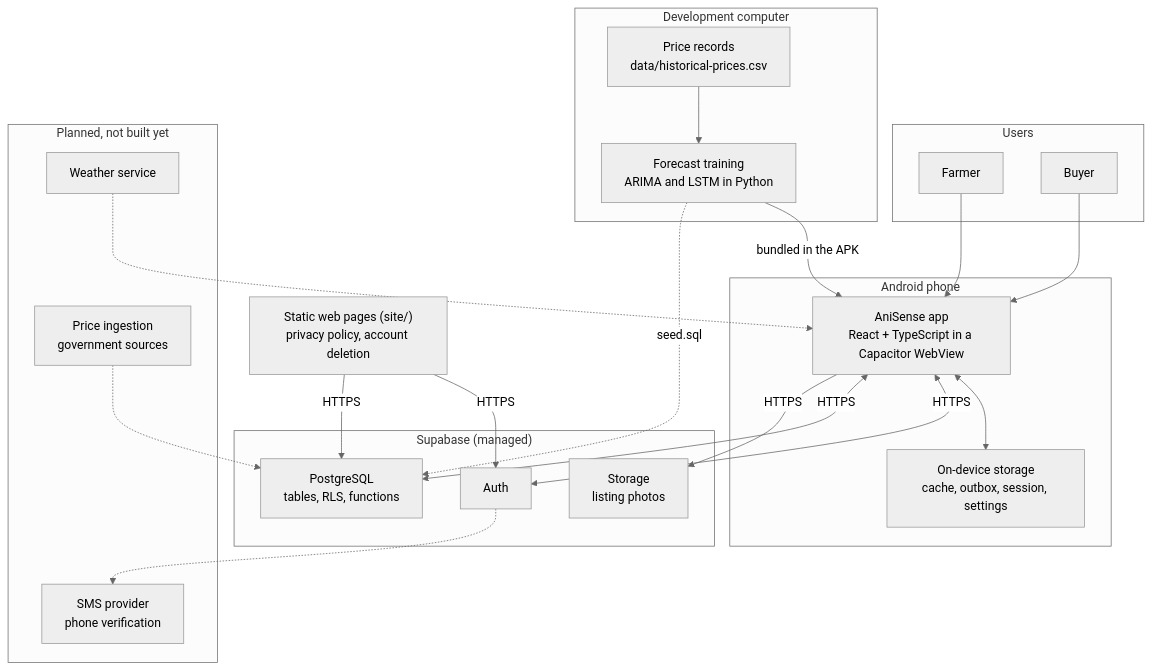
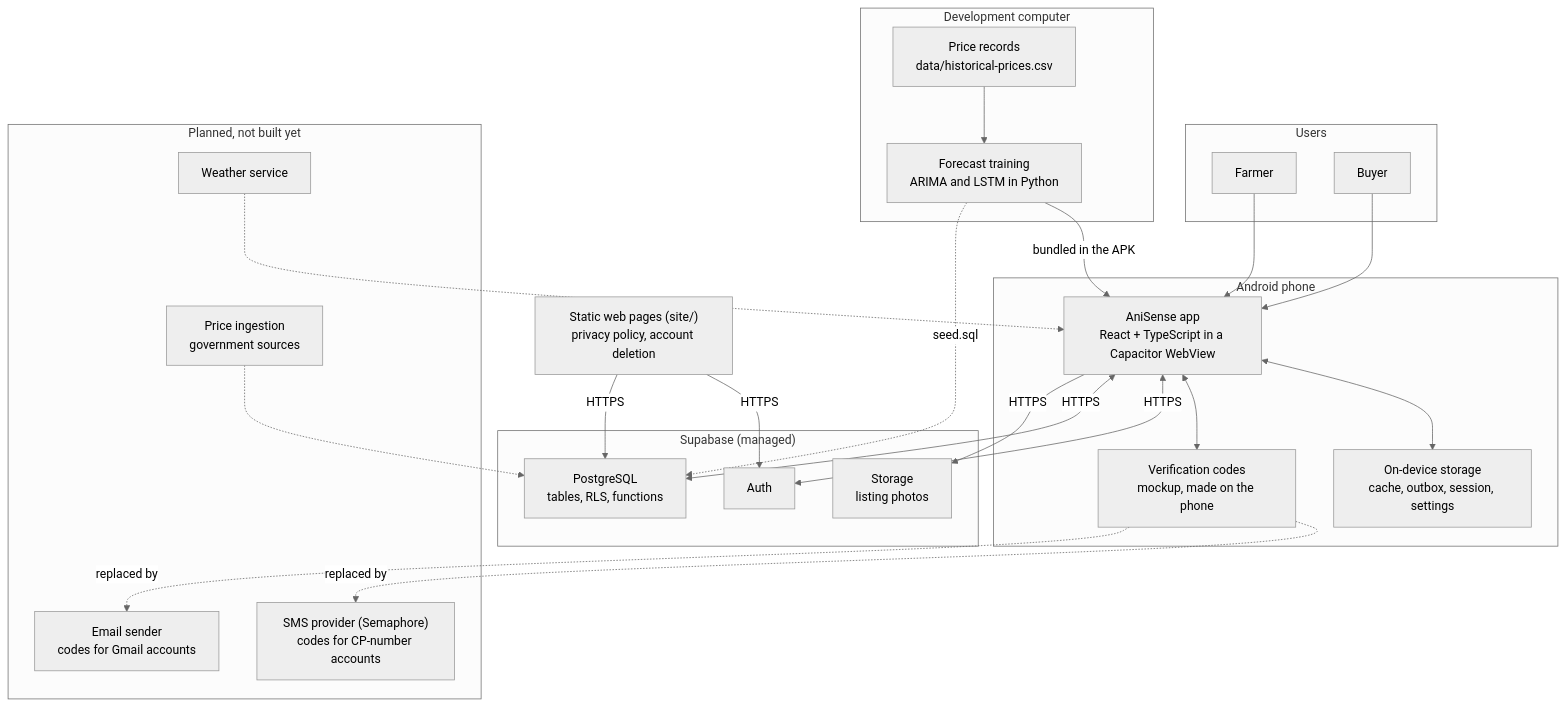
The first of 10 diagrams in docs/architecture.md (yslruzly/AniSense), drawn with Mermaid (neutral theme) before and after one commit. The commit also changed other lines of this file, not shown here.

````diff
--- a/docs/architecture.md
+++ b/docs/architecture.md
@@ -22,46 +22,50 @@
 ```mermaid
 flowchart TB
   subgraph Users
     Farmer["Farmer"]
     Buyer["Buyer"]
   end
 
   subgraph Device["Android phone"]
     App["AniSense app<br/>React + TypeScript in a Capacitor WebView"]
     Local["On-device storage<br/>cache, outbox, session, settings"]
+    Codes["Verification codes<br/>mockup, made on the phone"]
   end
 
   subgraph Supabase["Supabase (managed)"]
     Auth["Auth"]
     DB["PostgreSQL<br/>tables, RLS, functions"]
     Storage["Storage<br/>listing photos"]
   end
 
   Web["Static web pages (site/)<br/>privacy policy, account deletion"]
 
   subgraph Build["Development computer"]
     Csv["Price records<br/>data/historical-prices.csv"]
     Train["Forecast training<br/>ARIMA and LSTM in Python"]
   end
 
   subgraph Planned["Planned, not built yet"]
-    SMS["SMS provider<br/>phone verification"]
+    SMS["SMS provider (Semaphore)<br/>codes for CP-number accounts"]
+    Mail["Email sender<br/>codes for Gmail accounts"]
     Prices["Price ingestion<br/>government sources"]
     Wx["Weather service"]
   end
 
   Farmer --> App
   Buyer --> App
   App <--> Local
+  App <--> Codes
   App <-->|HTTPS| Auth
   App <-->|HTTPS| DB
   App -->|HTTPS| Storage
   Web -->|HTTPS| Auth
   Web -->|HTTPS| DB
   Csv --> Train
   Train -->|bundled in the APK| App
   Train -.->|seed.sql| DB
-  Auth -.-> SMS
+  Codes -.->|replaced by| SMS
+  Codes -.->|replaced by| Mail
   Prices -.-> DB
   Wx -.-> App
 ```
````
